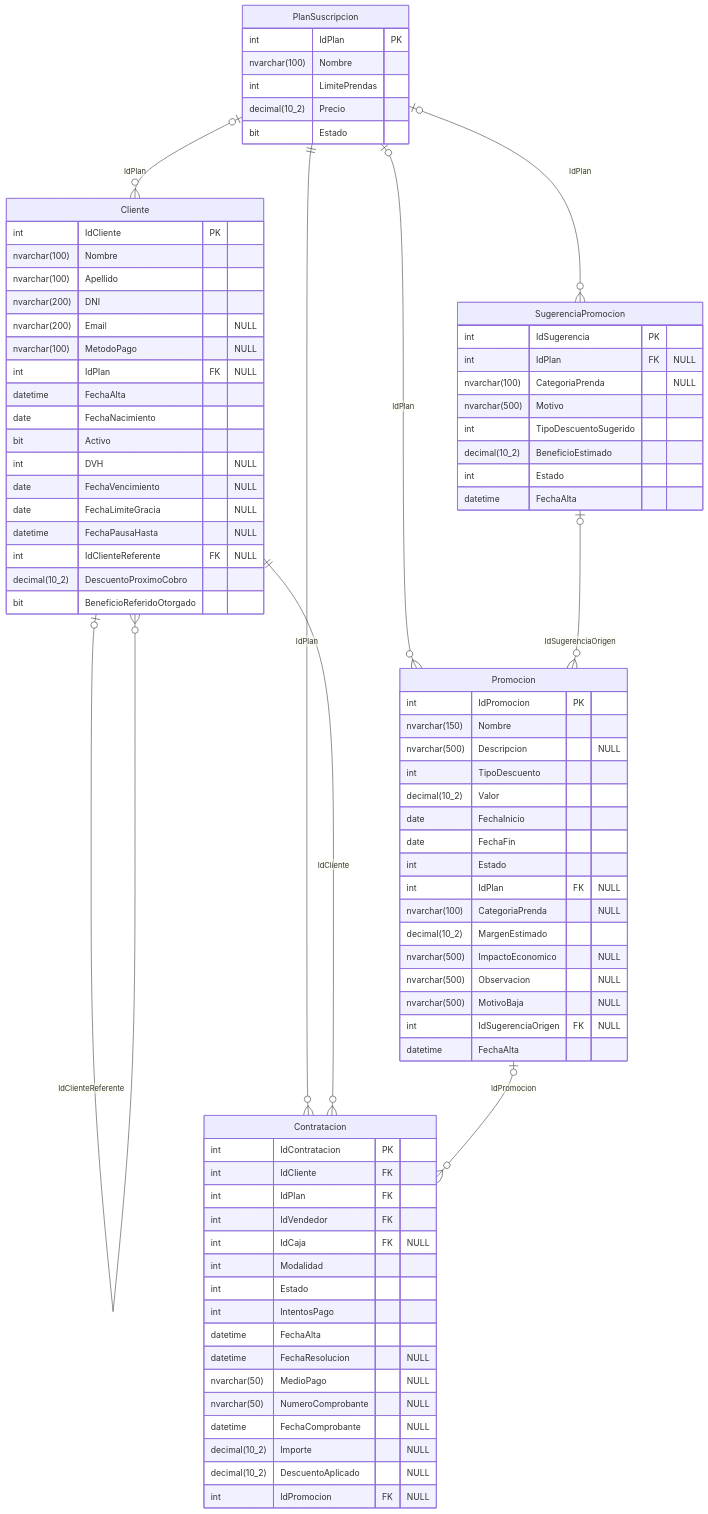
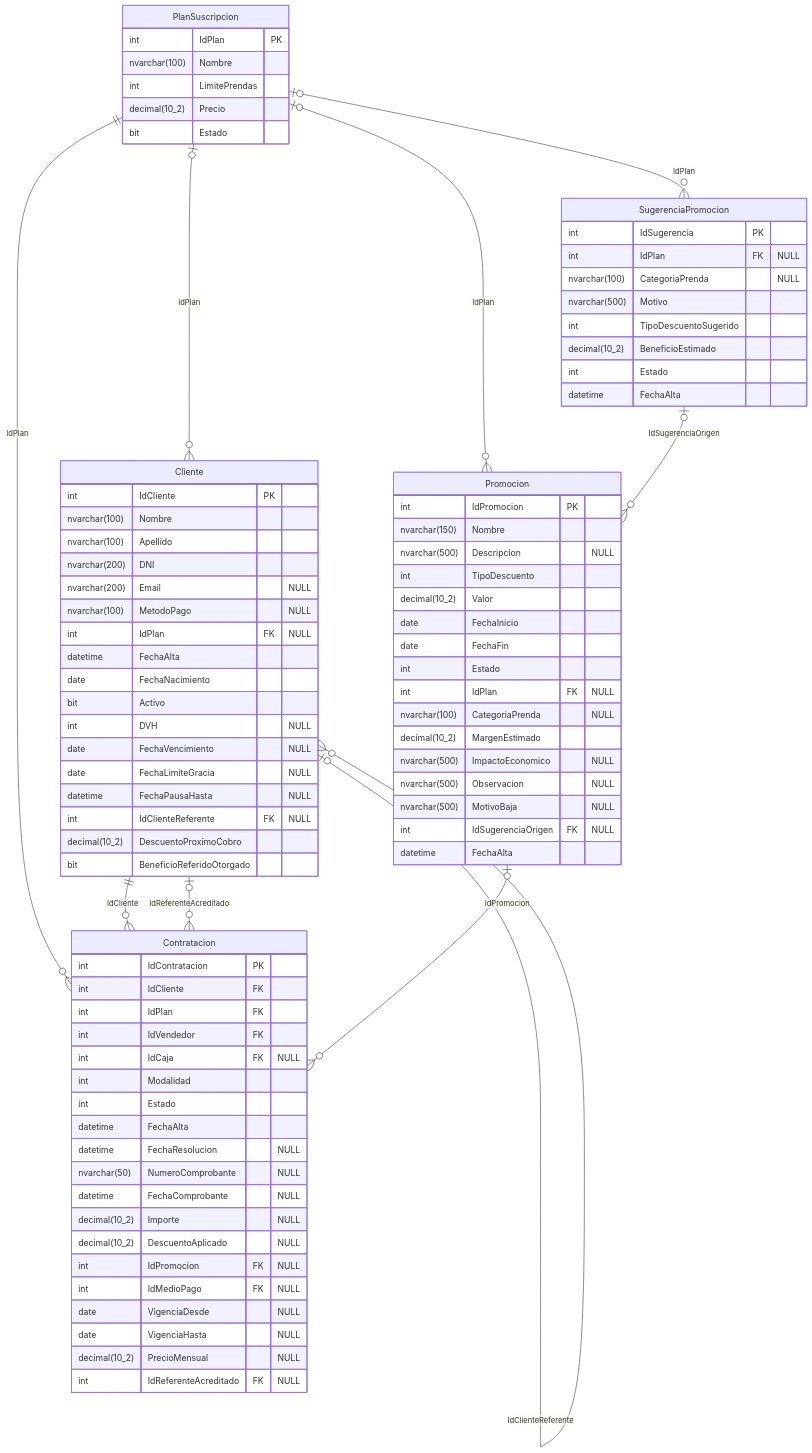
One commit to valentinamorana/Trabajo-de-Diploma changed the diagram in docs/diagramas/mermaid/DER_pn03_promociones.mmd. Above: the diagram before and after it, drawn with Mermaid. The commit also changed 89 other files, not shown here.

```diff
--- a/docs/diagramas/mermaid/DER_pn03_promociones.mmd
+++ b/docs/diagramas/mermaid/DER_pn03_promociones.mmd
@@ -1,81 +1,85 @@
 erDiagram
   Cliente |o--o{ Cliente : "IdClienteReferente"
   PlanSuscripcion |o--o{ Cliente : "IdPlan"
   PlanSuscripcion ||--o{ Contratacion : "IdPlan"
   Cliente ||--o{ Contratacion : "IdCliente"
+  Cliente |o--o{ Contratacion : "IdReferenteAcreditado"
   Promocion |o--o{ Contratacion : "IdPromocion"
   PlanSuscripcion |o--o{ Promocion : "IdPlan"
   SugerenciaPromocion |o--o{ Promocion : "IdSugerenciaOrigen"
   PlanSuscripcion |o--o{ SugerenciaPromocion : "IdPlan"
   PlanSuscripcion {
     int IdPlan PK
     nvarchar(100) Nombre
     int LimitePrendas
     decimal(10_2) Precio
     bit Estado
   }
   SugerenciaPromocion {
     int IdSugerencia PK
     int IdPlan FK "NULL"
     nvarchar(100) CategoriaPrenda "NULL"
     nvarchar(500) Motivo
     int TipoDescuentoSugerido
     decimal(10_2) BeneficioEstimado
     int Estado
     datetime FechaAlta
   }
   Promocion {
     int IdPromocion PK
     nvarchar(150) Nombre
     nvarchar(500) Descripcion "NULL"
     int TipoDescuento
     decimal(10_2) Valor
     date FechaInicio
     date FechaFin
     int Estado
     int IdPlan FK "NULL"
     nvarchar(100) CategoriaPrenda "NULL"
     decimal(10_2) MargenEstimado
     nvarchar(500) ImpactoEconomico "NULL"
     nvarchar(500) Observacion "NULL"
     nvarchar(500) MotivoBaja "NULL"
     int IdSugerenciaOrigen FK "NULL"
     datetime FechaAlta
   }
   Contratacion {
     int IdContratacion PK
     int IdCliente FK
     int IdPlan FK
     int IdVendedor FK
     int IdCaja FK "NULL"
     int Modalidad
     int Estado
-    int IntentosPago
     datetime FechaAlta
     datetime FechaResolucion "NULL"
-    nvarchar(50) MedioPago "NULL"
     nvarchar(50) NumeroComprobante "NULL"
     datetime FechaComprobante "NULL"
     decimal(10_2) Importe "NULL"
     decimal(10_2) DescuentoAplicado "NULL"
     int IdPromocion FK "NULL"
+    int IdMedioPago FK "NULL"
+    date VigenciaDesde "NULL"
+    date VigenciaHasta "NULL"
+    decimal(10_2) PrecioMensual "NULL"
+    int IdReferenteAcreditado FK "NULL"
   }
   Cliente {
     int IdCliente PK
     nvarchar(100) Nombre
     nvarchar(100) Apellido
     nvarchar(200) DNI
     nvarchar(200) Email "NULL"
     nvarchar(100) MetodoPago "NULL"
     int IdPlan FK "NULL"
     datetime FechaAlta
     date FechaNacimiento
     bit Activo
     int DVH "NULL"
     date FechaVencimiento "NULL"
     date FechaLimiteGracia "NULL"
     datetime FechaPausaHasta "NULL"
     int IdClienteReferente FK "NULL"
     decimal(10_2) DescuentoProximoCobro
     bit BeneficioReferidoOtorgado
   }
```
